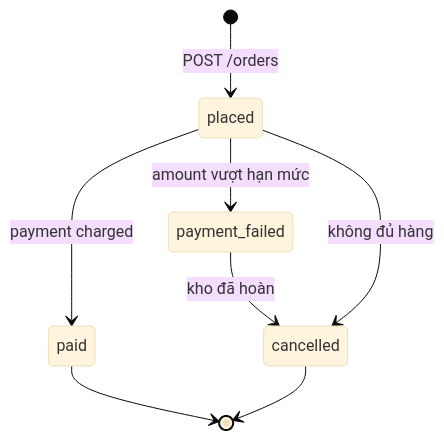
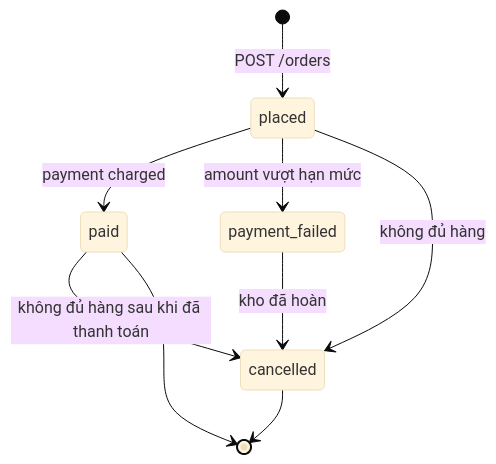
The second of 5 diagrams in 09-production/usecase-02-order-events/README.md (nv-minh/mq-redis-handbook), drawn with Mermaid (base theme) before and after one commit. The commit also changed other lines of this file and 2 other files, not shown here.

````diff
--- a/09-production/usecase-02-order-events/README.md
+++ b/09-production/usecase-02-order-events/README.md
@@ -126,10 +126,11 @@
 ```mermaid
 stateDiagram-v2
     [*] --> placed: POST /orders
     placed --> paid: payment charged
     placed --> payment_failed: amount vượt hạn mức
     payment_failed --> cancelled: kho đã hoàn
     placed --> cancelled: không đủ hàng
+    paid --> cancelled: không đủ hàng sau khi đã thanh toán
     paid --> [*]
     cancelled --> [*]
 ```
````
